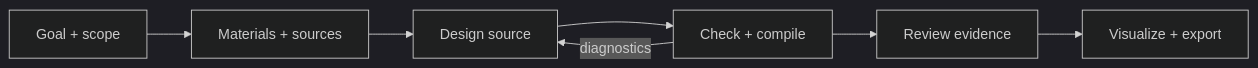
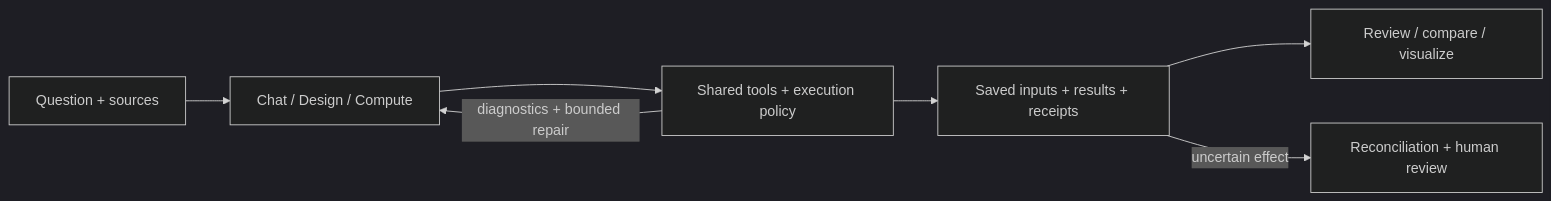
The diagram in README.md (albertzhzhou-droid/proto-agent-workbench), drawn with Mermaid (dark theme) before and after one commit. The commit also changed other lines of this file and 56 other files, not shown here.

````diff
--- a/README.md
+++ b/README.md
@@ -55,9 +59,9 @@
 ```mermaid
 flowchart LR
-    A[Goal + scope] --> B[Materials + sources]
-    B --> C[Design source]
-    C --> D[Check + compile]
-    D --> E[Review evidence]
-    E --> F[Visualize + export]
-    D -->|diagnostics| C
+    A[Question + sources] --> B[Chat / Design / Compute]
+    B --> C[Shared tools + execution policy]
+    C --> D[Saved inputs + results + receipts]
+    D --> E[Review / compare / visualize]
+    C -->|diagnostics + bounded repair| B
+    D -->|uncertain effect| F[Reconciliation + human review]
 ```
````
